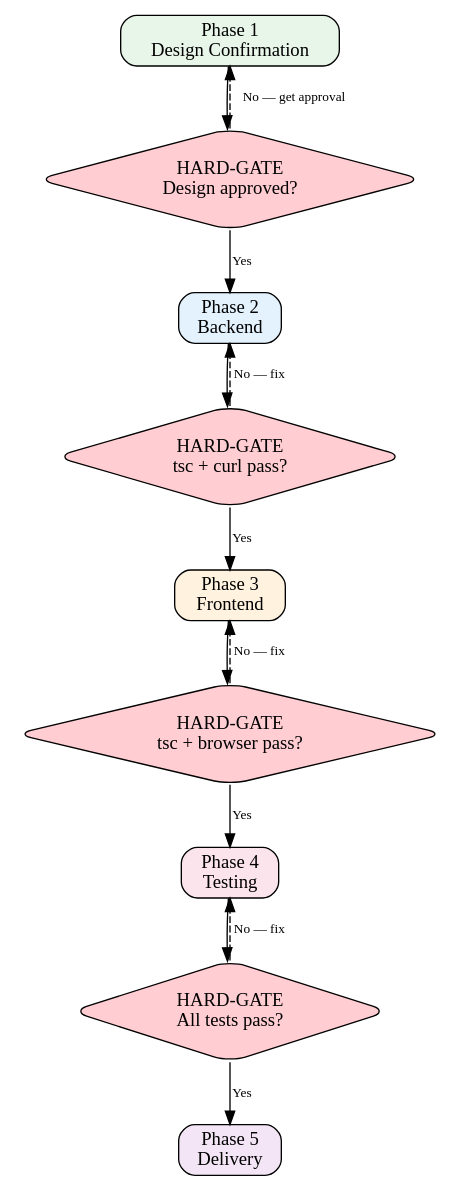
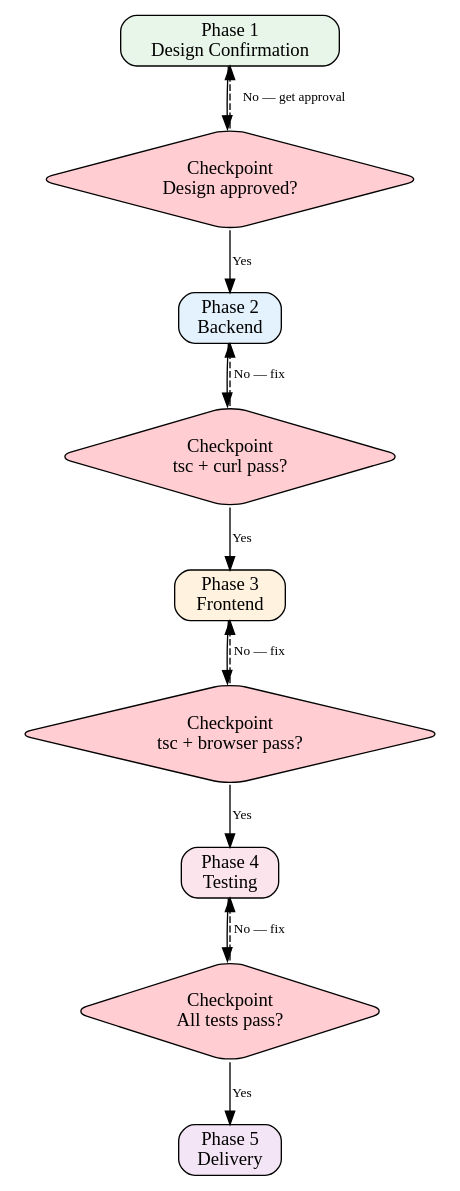
Before and after one commit to yufakang0826-hue/erpforge: the first of 2 diagrams in skills/fullstack-module-build.md, drawn with Graphviz. The commit also changed other lines of this file and 20 other files, not shown here.

````diff
--- a/skills/fullstack-module-build.md
+++ b/skills/fullstack-module-build.md
@@ -18,31 +22,31 @@
 ```dot
 digraph build_pipeline {
     rankdir=TB
     node [shape=box, style="rounded,filled", fillcolor="#f0f0f0"]
     edge [fontsize=10]
 
     phase1 [label="Phase 1\nDesign Confirmation" fillcolor="#e8f5e9"]
     phase2 [label="Phase 2\nBackend" fillcolor="#e3f2fd"]
     phase3 [label="Phase 3\nFrontend" fillcolor="#fff3e0"]
     phase4 [label="Phase 4\nTesting" fillcolor="#fce4ec"]
     phase5 [label="Phase 5\nDelivery" fillcolor="#f3e5f5"]
 
-    gate1 [label="HARD-GATE\nDesign approved?" shape=diamond fillcolor="#ffcdd2"]
-    gate2 [label="HARD-GATE\ntsc + curl pass?" shape=diamond fillcolor="#ffcdd2"]
-    gate3 [label="HARD-GATE\ntsc + browser pass?" shape=diamond fillcolor="#ffcdd2"]
-    gate4 [label="HARD-GATE\nAll tests pass?" shape=diamond fillcolor="#ffcdd2"]
+    gate1 [label="Checkpoint\nDesign approved?" shape=diamond fillcolor="#ffcdd2"]
+    gate2 [label="Checkpoint\ntsc + curl pass?" shape=diamond fillcolor="#ffcdd2"]
+    gate3 [label="Checkpoint\ntsc + browser pass?" shape=diamond fillcolor="#ffcdd2"]
+    gate4 [label="Checkpoint\nAll tests pass?" shape=diamond fillcolor="#ffcdd2"]
 
     phase1 -> gate1
     gate1 -> phase2 [label="Yes"]
     gate1 -> phase1 [label="No — get approval" style=dashed]
     phase2 -> gate2
     gate2 -> phase3 [label="Yes"]
     gate2 -> phase2 [label="No — fix" style=dashed]
     phase3 -> gate3
     gate3 -> phase4 [label="Yes"]
     gate3 -> phase3 [label="No — fix" style=dashed]
     phase4 -> gate4
     gate4 -> phase5 [label="Yes"]
     gate4 -> phase4 [label="No — fix" style=dashed]
 }
 ```
````
